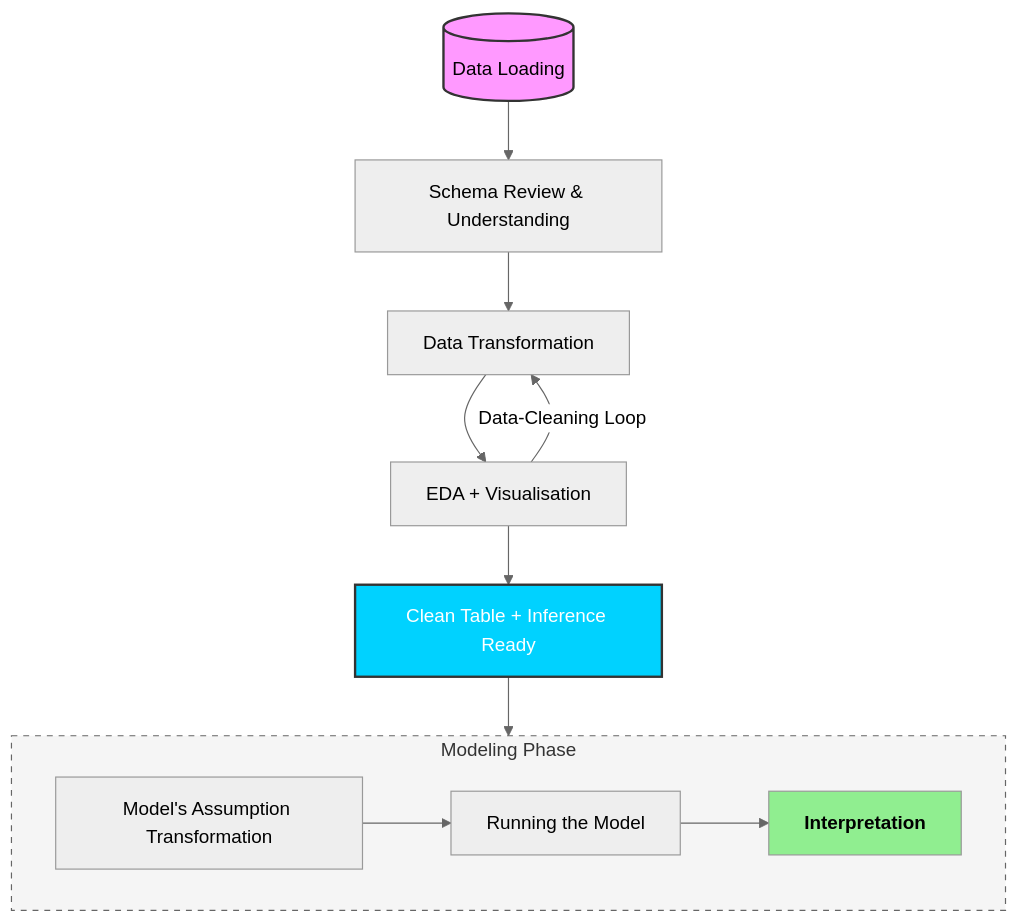
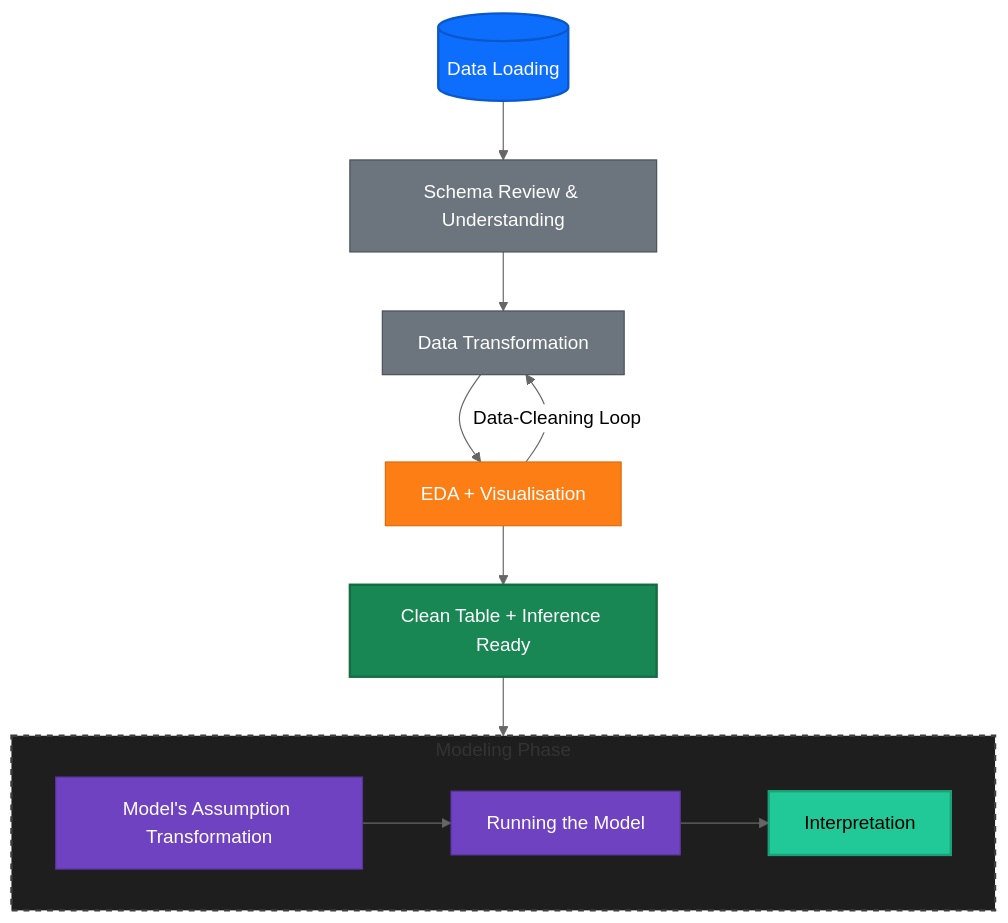
One commit to ygcahyono/ds_personal_logging changed the diagram in 20251211-lendable-senior-data-analyst/README.md. Above: the diagram before and after it, drawn with Mermaid (neutral theme).

Commit message:
Change flowchart colour

````diff
--- a/20251211-lendable-senior-data-analyst/README.md
+++ b/20251211-lendable-senior-data-analyst/README.md
@@ -28,28 +28,33 @@
 ```mermaid
 graph TD
     %% Node Definitions
     Start[(Data Loading)] --> Schema[Schema Review & Understanding]
     Schema --> Transform[Data Transformation]
     
     %% The Cleaning Loop
     Transform --> EDA[EDA + Visualisation]
     EDA -- "Data-Cleaning Loop" --> Transform
     
     %% Transition to Modeling
     EDA --> Ready[Clean Table + Inference Ready]
     
     %% Modeling Phase Subgraph
     subgraph Modeling_Phase [Modeling Phase]
         direction LR
         Assump[Model's Assumption Transformation] --> Run[Running the Model]
         Run --> Interp[Interpretation]
     end
     
     Ready --> Assump
 
-    %% Styling
-    style Start fill:#f9f,stroke:#333,stroke-width:2px
-    style Ready fill:#00d2ff,stroke:#333,stroke-width:2px,color:#fff
-    style Modeling_Phase fill:#f5f5f5,stroke:#666,stroke-dasharray: 5 5
-    style Interp font-weight:bold,fill:#90ee90
+    %% Styling - Dark mode friendly palette
+    style Start fill:#0d6efd,stroke:#0a58ca,stroke-width:2px,color:#fff
+    style Schema fill:#6c757d,stroke:#495057,color:#fff
+    style Transform fill:#6c757d,stroke:#495057,color:#fff
+    style EDA fill:#fd7e14,stroke:#dc6a10,color:#fff
+    style Ready fill:#198754,stroke:#146c43,stroke-width:2px,color:#fff
+    style Assump fill:#6f42c1,stroke:#59359a,color:#fff
+    style Run fill:#6f42c1,stroke:#59359a,color:#fff
+    style Interp fill:#20c997,stroke:#1aa179,stroke-width:2px,color:#000
+    style Modeling_Phase fill:#1e1e1e,stroke:#3d3d3d,stroke-width:2px,stroke-dasharray:5 5
 ```
````
